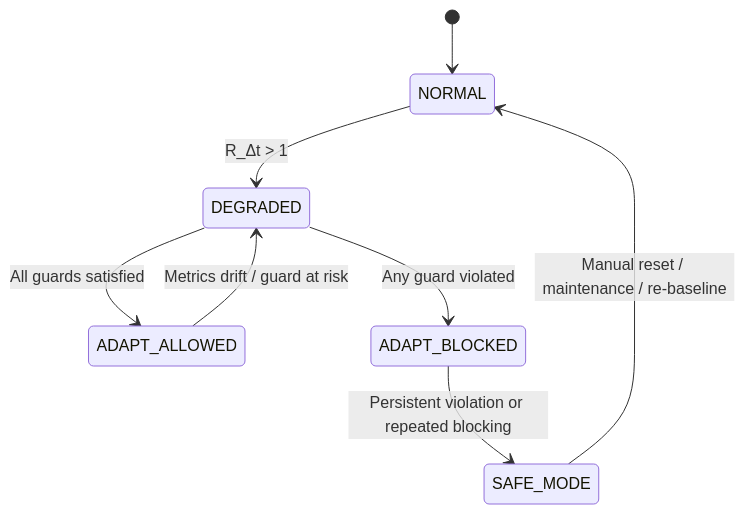
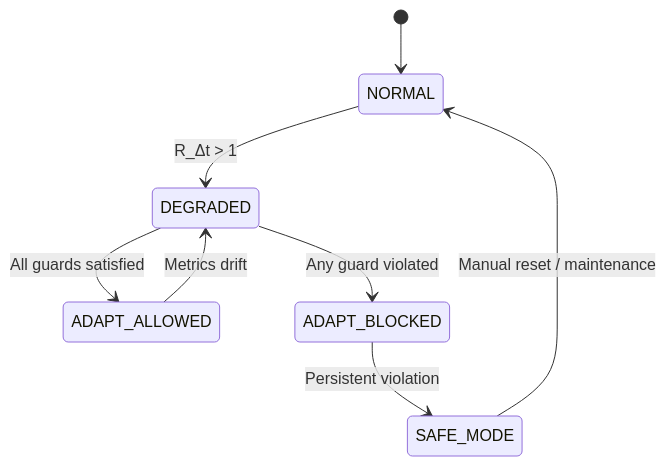
Before and after one commit to Samizo-AITL/aitl-controller-a-type: the diagram in docs/b_type/fsm_guard.md, drawn with Mermaid. The commit also changed other lines of this file, not shown here.

````diff
--- a/docs/b_type/fsm_guard.md
+++ b/docs/b_type/fsm_guard.md
@@ -240,13 +267,13 @@
 ```mermaid
 stateDiagram-v2
     [*] --> NORMAL
 
     NORMAL --> DEGRADED : R_Δt > 1
     DEGRADED --> ADAPT_ALLOWED : All guards satisfied
     DEGRADED --> ADAPT_BLOCKED : Any guard violated
 
-    ADAPT_ALLOWED --> DEGRADED : Metrics drift / guard at risk
-    ADAPT_BLOCKED --> SAFE_MODE : Persistent violation or repeated blocking
+    ADAPT_ALLOWED --> DEGRADED : Metrics drift
+    ADAPT_BLOCKED --> SAFE_MODE : Persistent violation
 
-    SAFE_MODE --> NORMAL : Manual reset / maintenance / re-baseline
+    SAFE_MODE --> NORMAL : Manual reset / maintenance
 ```
````
